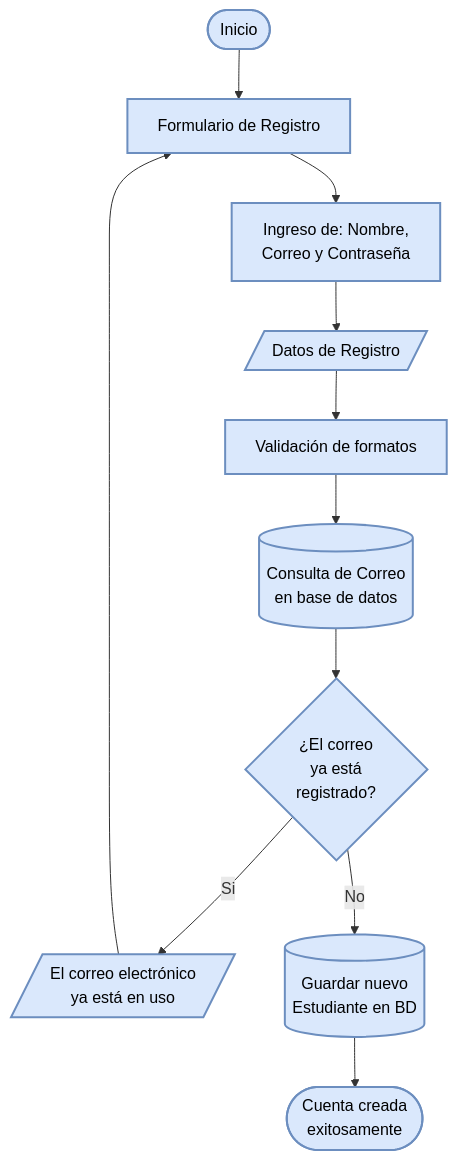
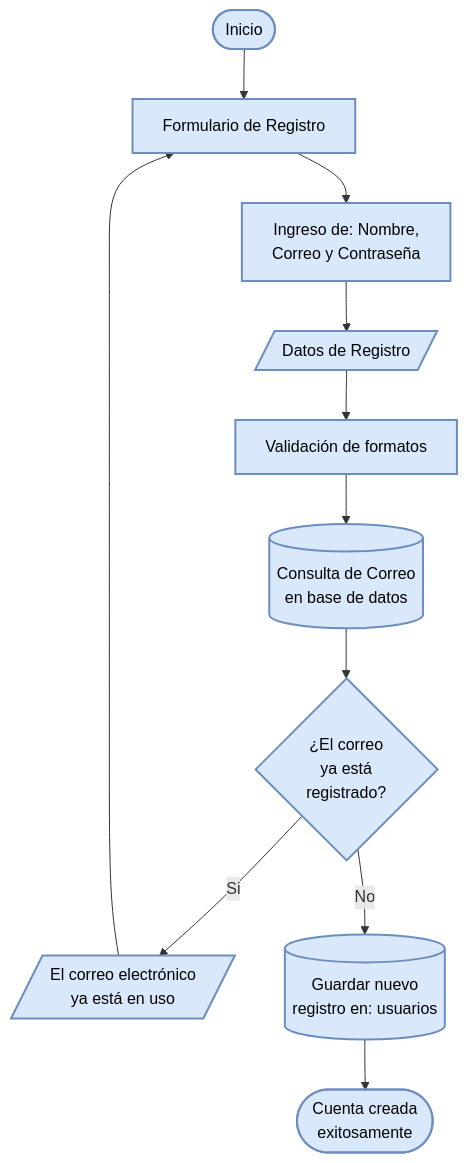
The diagram in docs/dfd_02_registro_usuario.md (ManuelZunigaDev/debihaby), drawn with Mermaid before and after one commit. The commit also changed other lines of this file and 9 other files, not shown here.

Commit message:
docs: DFD and diagrams, and structure BD V2

````diff
--- a/docs/dfd_02_registro_usuario.md
+++ b/docs/dfd_02_registro_usuario.md
@@ -5,16 +5,16 @@
 ```mermaid
 flowchart TD
     Inicio([Inicio]) --> Formulario[Formulario de Registro]
     Formulario --> Ingreso[Ingreso de: Nombre, <br> Correo y Contraseña]
     Ingreso --> DatosFormulario[/Datos de Registro/]
     DatosFormulario --> ValidarFormatos[Validación de formatos]
     ValidarFormatos --> ConsultaCorreo[(Consulta de Correo <br> en base de datos)]
     ConsultaCorreo --> Decision{¿El correo <br> ya está <br> registrado?}
     Decision -- Si --> Error[/El correo electrónico <br> ya está en uso/]
     Error --> Formulario
-    Decision -- No --> Registrar[(Guardar nuevo <br> Estudiante en BD)]
+    Decision -- No --> Registrar[(Guardar nuevo <br> registro en: usuarios)]
     Registrar --> Exito([Cuenta creada <br> exitosamente])
 
     %% Estilo general tipo Visio/DIA
     classDef default fill:#dae8fc,stroke:#6c8ebf,stroke-width:2px,color:#000;
 ```
````
